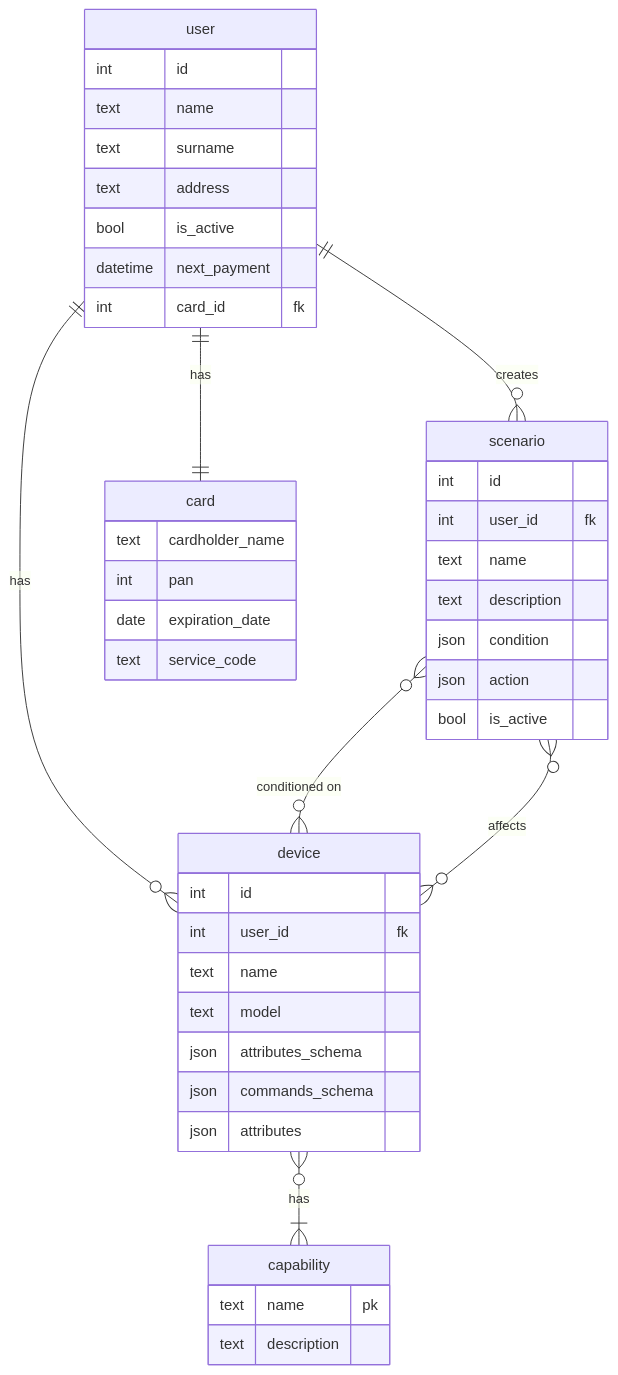
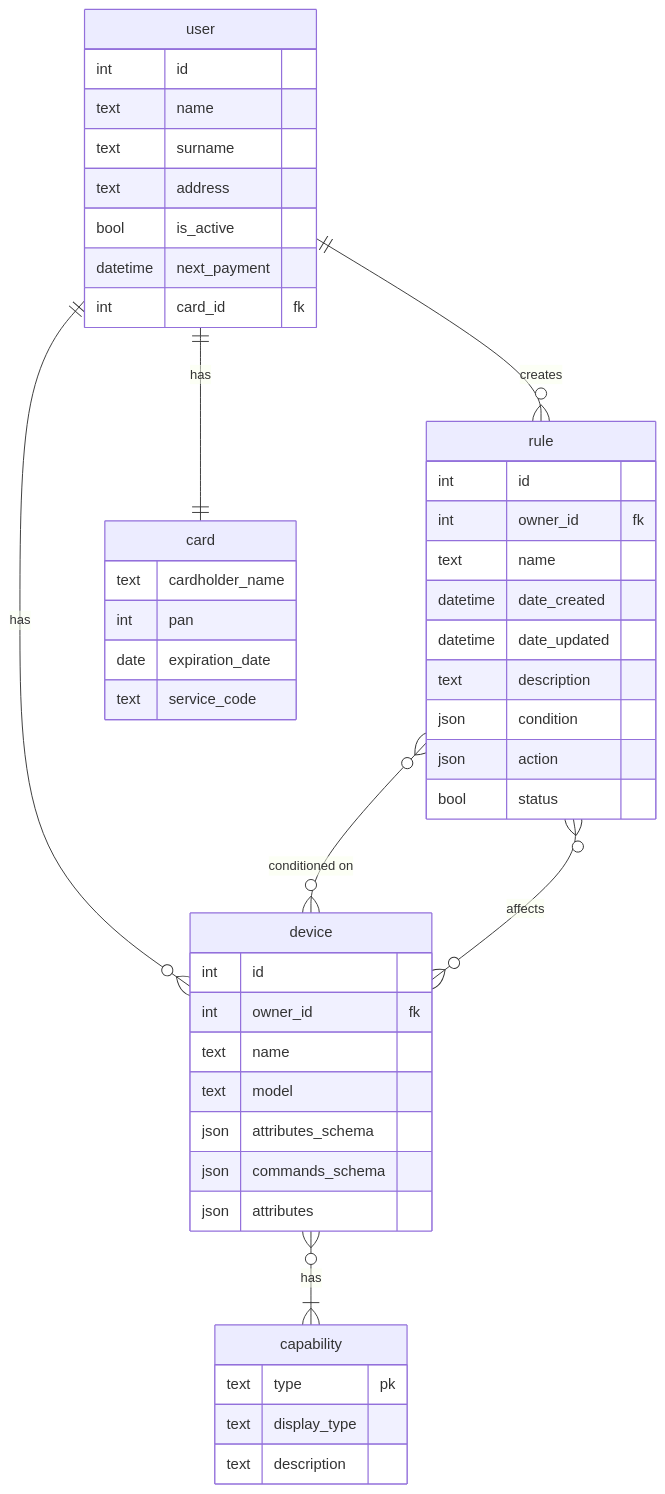
One commit to justanotheruser/architecture-warmhouse changed the diagram in README.md. Above: the diagram before and after it, drawn with Mermaid. The commit also changed other lines of this file and 5 other files, not shown here.

````diff
--- a/README.md
+++ b/README.md
@@ -76,51 +76,54 @@
 ```mermaid
 erDiagram
 user {
 	int id
 	text name
 	text surname
 	text address
 	bool is_active
 	datetime next_payment
 	int card_id fk
 }
 
 device {
 	int id
-	int user_id fk
+	int owner_id fk
 	text name
 	text model
 	json attributes_schema
 	json commands_schema
 	json attributes
 }
 
 capability {
-	text name pk
+	text type pk
+	text display_type
 	text description
 }
 
-scenario {
+rule {
 	int id
-	int user_id fk
+	int owner_id fk
 	text name
+	datetime date_created
+	datetime date_updated
 	text description
 	json condition
 	json action
-	bool is_active
+	bool status
 }
 
 card {
 	text cardholder_name
 	int pan
 	date expiration_date
 	text service_code
 }
 
 	user || -- o{ device : has
 	user || -- || card : has
 	device }o -- |{ capability : has
-	user || -- o{ scenario : creates
-	scenario }o -- o{ device : "conditioned on"
-	scenario }o -- o{ device : affects
+	user || -- o{ rule : creates
+	rule }o -- o{ device : "conditioned on"
+	rule }o -- o{ device : affects
 ```
````
